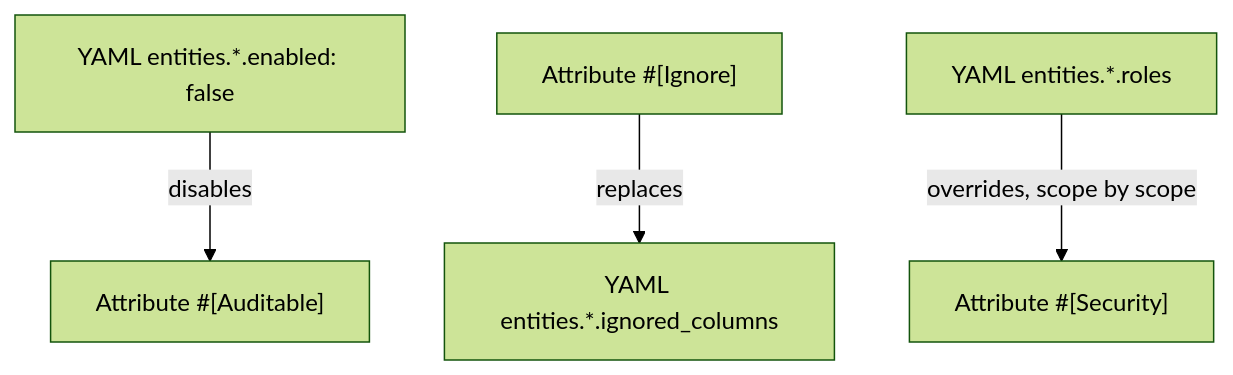
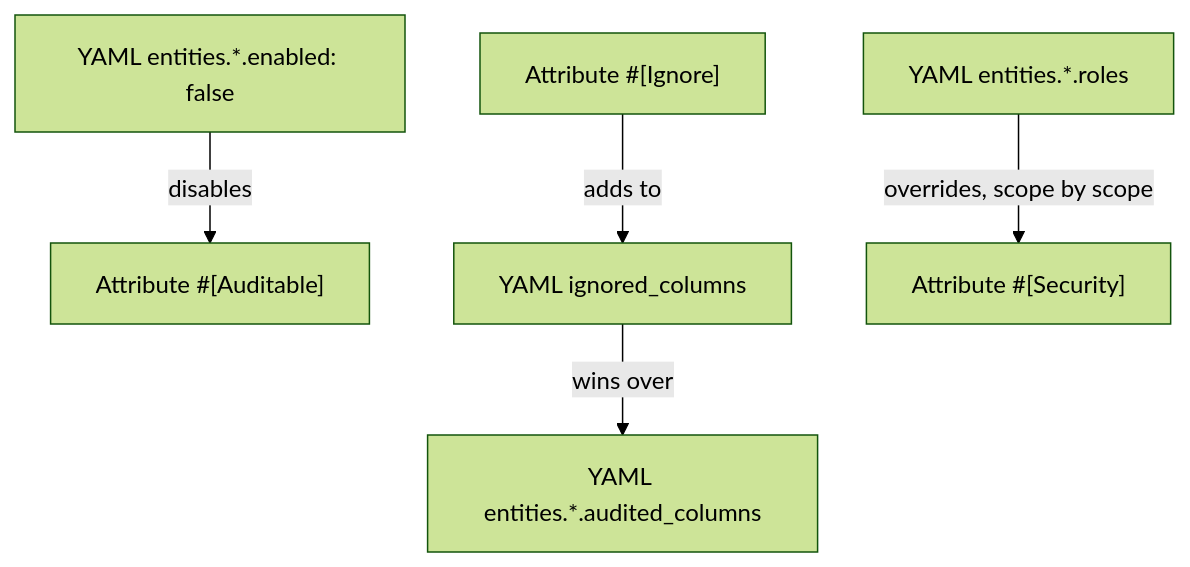
The diagram in docs/auditor-bundle/configuration/attributes.md (DamienHarper/auditor-docs), drawn with Mermaid (forest theme) before and after one commit. The commit also changed other lines of this file and 34 other files, not shown here.

````diff
--- a/docs/auditor-bundle/configuration/attributes.md
+++ b/docs/auditor-bundle/configuration/attributes.md
@@ -201,6 +214,7 @@
 ```mermaid
 flowchart TD
     B["YAML entities.*.enabled: false"] -->|disables| A["Attribute #[Auditable]"]
-    C["Attribute #[Ignore]"] -->|replaces| D["YAML entities.*.ignored_columns"]
+    C["Attribute #[Ignore]"] -->|adds to| D["YAML ignored_columns"]
+    D -->|wins over| G["YAML entities.*.audited_columns"]
     F["YAML entities.*.roles"] -->|overrides, scope by scope| E["Attribute #[Security]"]
 ```
````
